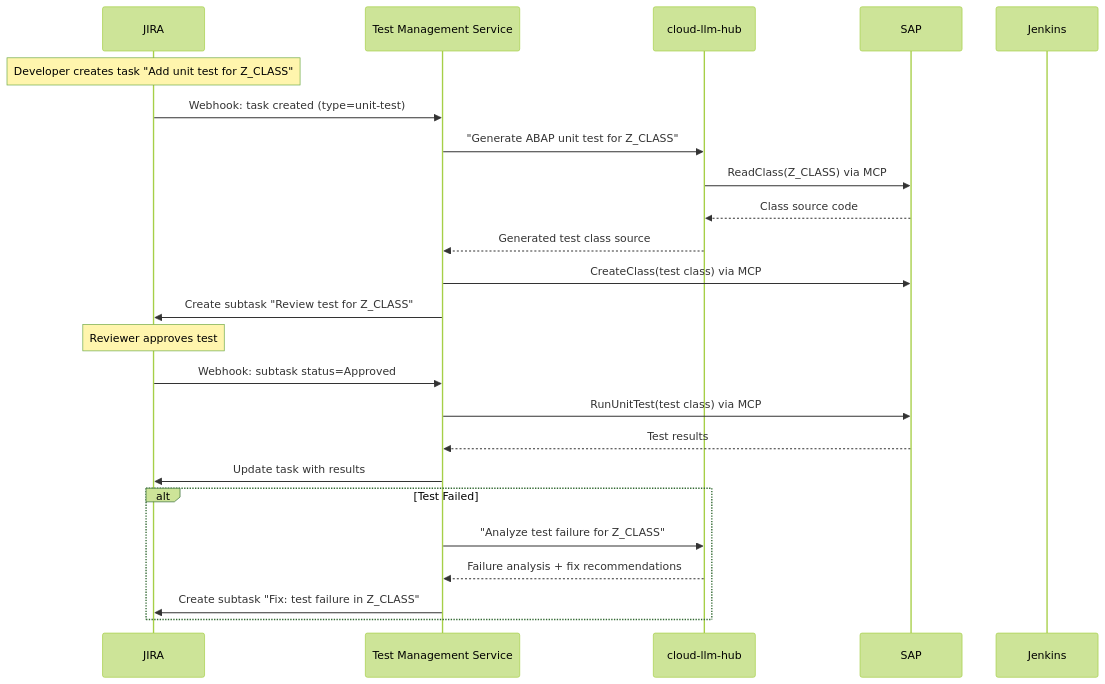
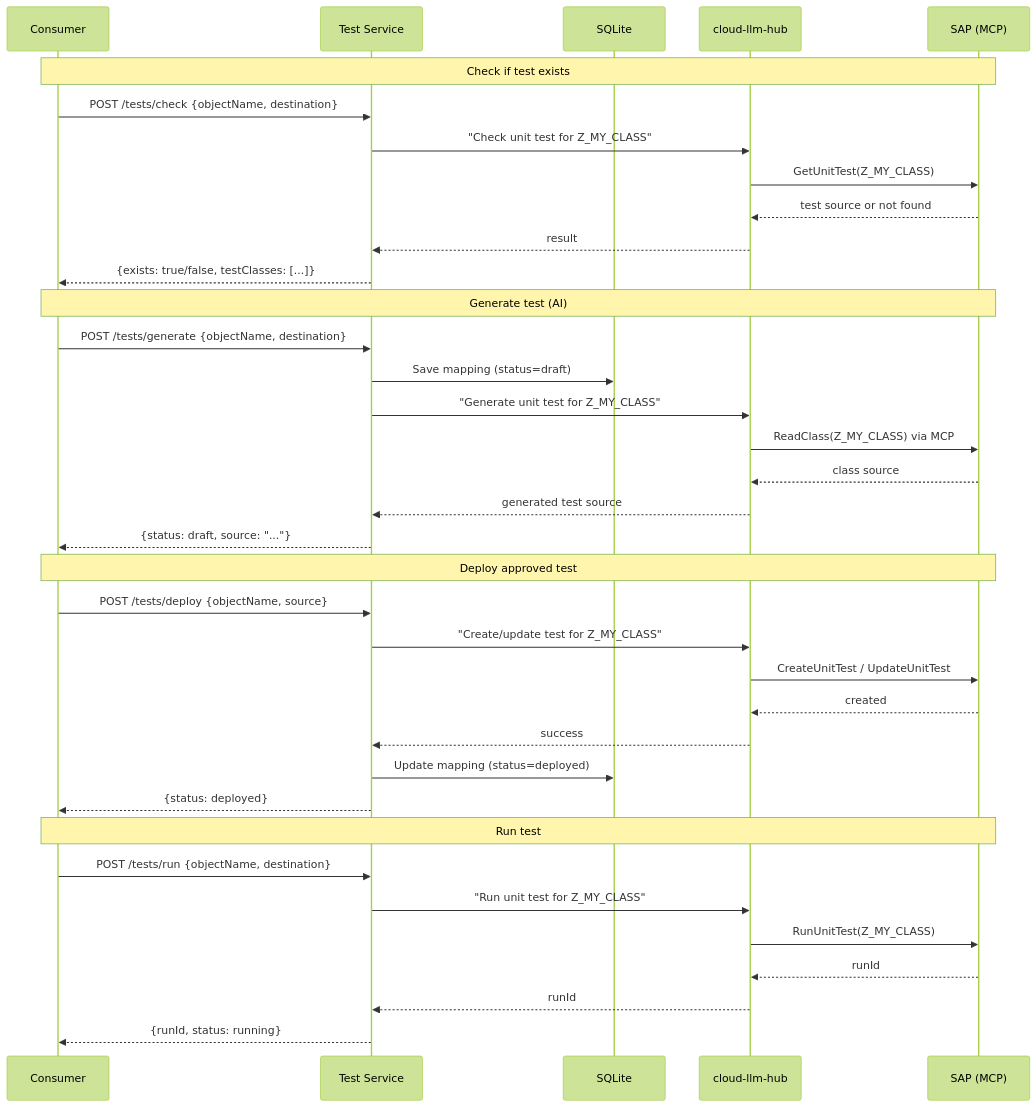
The second of 2 diagrams in docs/examples/test-management/DESIGN.md (fr0ster/cloud-llm-hub), drawn with Mermaid (forest theme) before and after one commit. The commit also changed other lines of this file, not shown here.

Commit message:
docs: rewrite Test Management design — unit test focus, SQLite mappings, phase 1 scope

````diff
--- a/docs/examples/test-management/DESIGN.md
+++ b/docs/examples/test-management/DESIGN.md
@@ -73,29 +193,42 @@
 ```mermaid
 sequenceDiagram
-    participant JIRA
-    participant TMS as Test Management Service
+    participant C as Consumer
+    participant S as Test Service
+    participant DB as SQLite
     participant LLM as cloud-llm-hub
-    participant SAP
-    participant Jenkins
+    participant SAP as SAP (MCP)
 
-    Note over JIRA: Developer creates task "Add unit test for Z_CLASS"
-    JIRA->>TMS: Webhook: task created (type=unit-test)
-    TMS->>LLM: "Generate ABAP unit test for Z_CLASS"
-    LLM->>SAP: ReadClass(Z_CLASS) via MCP
-    SAP-->>LLM: Class source code
-    LLM-->>TMS: Generated test class source
-    TMS->>SAP: CreateClass(test class) via MCP
-    TMS->>JIRA: Create subtask "Review test for Z_CLASS"
+    Note over C,SAP: Check if test exists
+    C->>S: POST /tests/check {objectName, destination}
+    S->>LLM: "Check unit test for Z_MY_CLASS"
+    LLM->>SAP: GetUnitTest(Z_MY_CLASS)
+    SAP-->>LLM: test source or not found
+    LLM-->>S: result
+    S-->>C: {exists: true/false, testClasses: [...]}
 
-    Note over JIRA: Reviewer approves test
-    JIRA->>TMS: Webhook: subtask status=Approved
-    TMS->>SAP: RunUnitTest(test class) via MCP
-    SAP-->>TMS: Test results
-    TMS->>JIRA: Update task with results
+    Note over C,SAP: Generate test (AI)
+    C->>S: POST /tests/generate {objectName, destination}
+    S->>DB: Save mapping (status=draft)
+    S->>LLM: "Generate unit test for Z_MY_CLASS"
+    LLM->>SAP: ReadClass(Z_MY_CLASS) via MCP
+    SAP-->>LLM: class source
+    LLM-->>S: generated test source
+    S-->>C: {status: draft, source: "..."}
 
-    alt Test Failed
-        TMS->>LLM: "Analyze test failure for Z_CLASS"
-        LLM-->>TMS: Failure analysis + fix recommendations
-        TMS->>JIRA: Create subtask "Fix: test failure in Z_CLASS"
-    end
+    Note over C,SAP: Deploy approved test
+    C->>S: POST /tests/deploy {objectName, source}
+    S->>LLM: "Create/update test for Z_MY_CLASS"
+    LLM->>SAP: CreateUnitTest / UpdateUnitTest
+    SAP-->>LLM: created
+    LLM-->>S: success
+    S->>DB: Update mapping (status=deployed)
+    S-->>C: {status: deployed}
+
+    Note over C,SAP: Run test
+    C->>S: POST /tests/run {objectName, destination}
+    S->>LLM: "Run unit test for Z_MY_CLASS"
+    LLM->>SAP: RunUnitTest(Z_MY_CLASS)
+    SAP-->>LLM: runId
+    LLM-->>S: runId
+    S-->>C: {runId, status: running}
 ```
````
